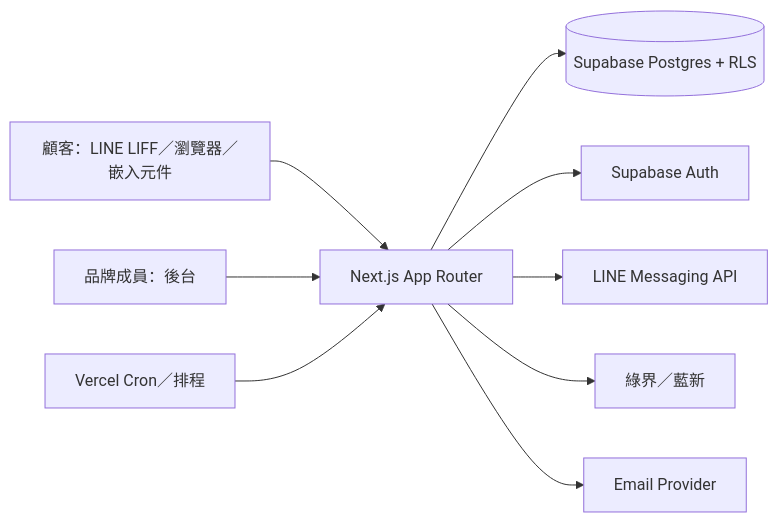
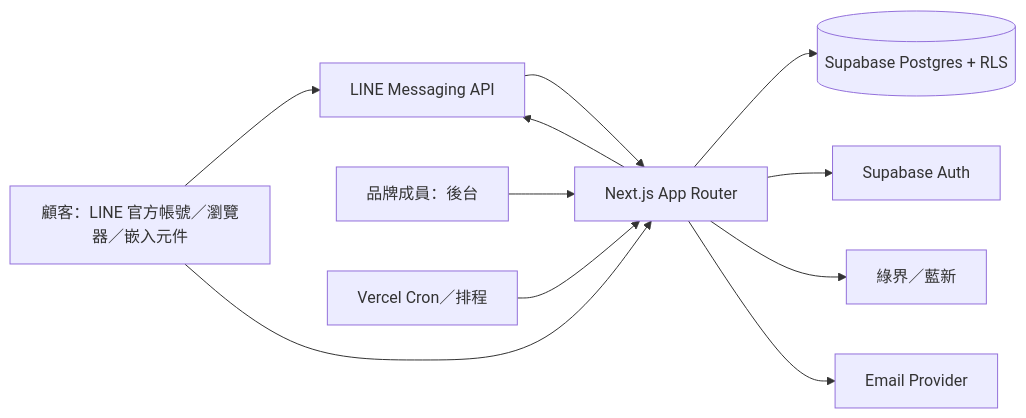
One commit to Jimmy-xinhow/Reservation-System changed the diagram in docs/architecture/ARCHITECTURE.md. Above: the diagram before and after it, drawn with Mermaid. The commit also changed other lines of this file and 23 other files, not shown here.

Commit message:
feat: make customer journeys LINE-first

````diff
--- a/docs/architecture/ARCHITECTURE.md
+++ b/docs/architecture/ARCHITECTURE.md
@@ -7,11 +7,13 @@
 ```mermaid
 flowchart LR
-  Customer[顧客：LINE LIFF／瀏覽器／嵌入元件] --> Web[Next.js App Router]
+  Customer[顧客：LINE 官方帳號／瀏覽器／嵌入元件] --> Line[LINE Messaging API]
+  Line --> Web[Next.js App Router]
+  Customer --> Web
   Staff[品牌成員：後台] --> Web
   Web --> DB[(Supabase Postgres + RLS)]
   Web --> Auth[Supabase Auth]
-  Web --> Line[LINE Messaging API]
+  Web --> Line
   Web --> Pay[綠界／藍新]
   Web --> Email[Email Provider]
   Cron[Vercel Cron／排程] --> Web
 ```
````
